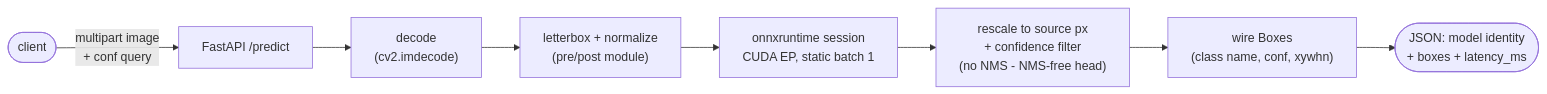
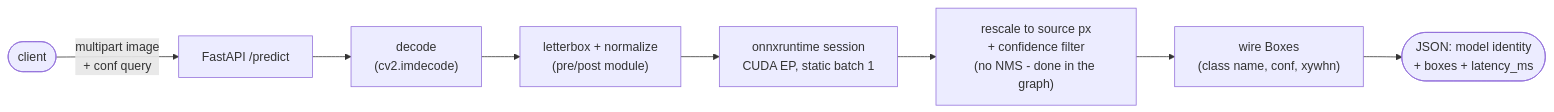
Before and after one commit to vtarasv/mlops-cv: the first of 2 diagrams in docs/serving.md, drawn with Mermaid. The commit also changed other lines of this file and 51 other files, not shown here.

````diff
--- a/docs/serving.md
+++ b/docs/serving.md
@@ -17,10 +17,10 @@
 ```mermaid
 flowchart LR
     client([client]) -- "multipart image\n+ conf query" --> app["FastAPI /predict"]
     app --> decode["decode\n(cv2.imdecode)"]
     decode --> pre["letterbox + normalize\n(pre/post module)"]
     pre --> ort["onnxruntime session\nCUDA EP, static batch 1"]
-    ort --> post["rescale to source px\n+ confidence filter\n(no NMS - NMS-free head)"]
+    ort --> post["rescale to source px\n+ confidence filter\n(no NMS - done in the graph)"]
     post --> boxes["wire Boxes\n(class name, conf, xywhn)"]
     boxes --> resp(["JSON: model identity\n+ boxes + latency_ms"])
 ```
````
